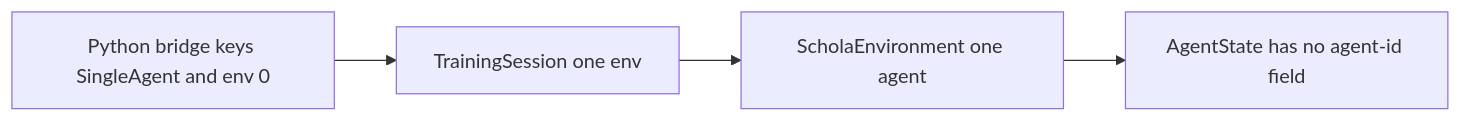
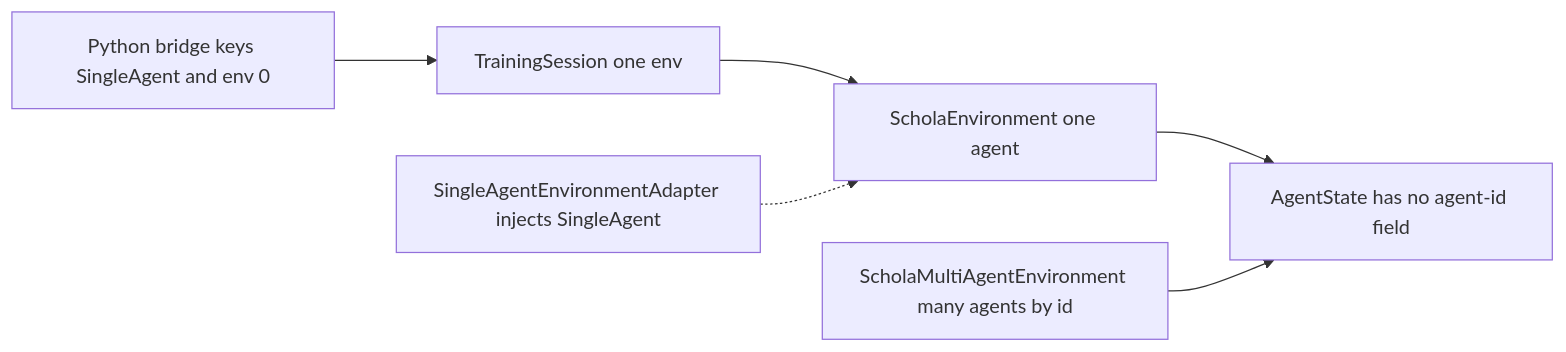
The tenth of 13 diagrams in Unity/com.amd.schola/Documentation~/architecture/us1-us4-uml.md (GPUOpen-LibrariesAndSDKs/Schola), drawn with Mermaid before and after one commit. The commit also changed other lines of this file, not shown here.

````diff
--- a/Unity/com.amd.schola/Documentation~/architecture/us1-us4-uml.md
+++ b/Unity/com.amd.schola/Documentation~/architecture/us1-us4-uml.md
@@ -514,8 +516,12 @@
 ```mermaid
 flowchart LR
   bridge["Python bridge keys SingleAgent and env 0"]
   session["TrainingSession one env"]
   env["ScholaEnvironment one agent"]
   state["AgentState has no agent-id field"]
+  adapter["SingleAgentEnvironmentAdapter injects SingleAgent"]
+  multi["ScholaMultiAgentEnvironment many agents by id"]
   bridge --> session --> env --> state
+  adapter -.-> env
+  multi --> state
 ```
````
